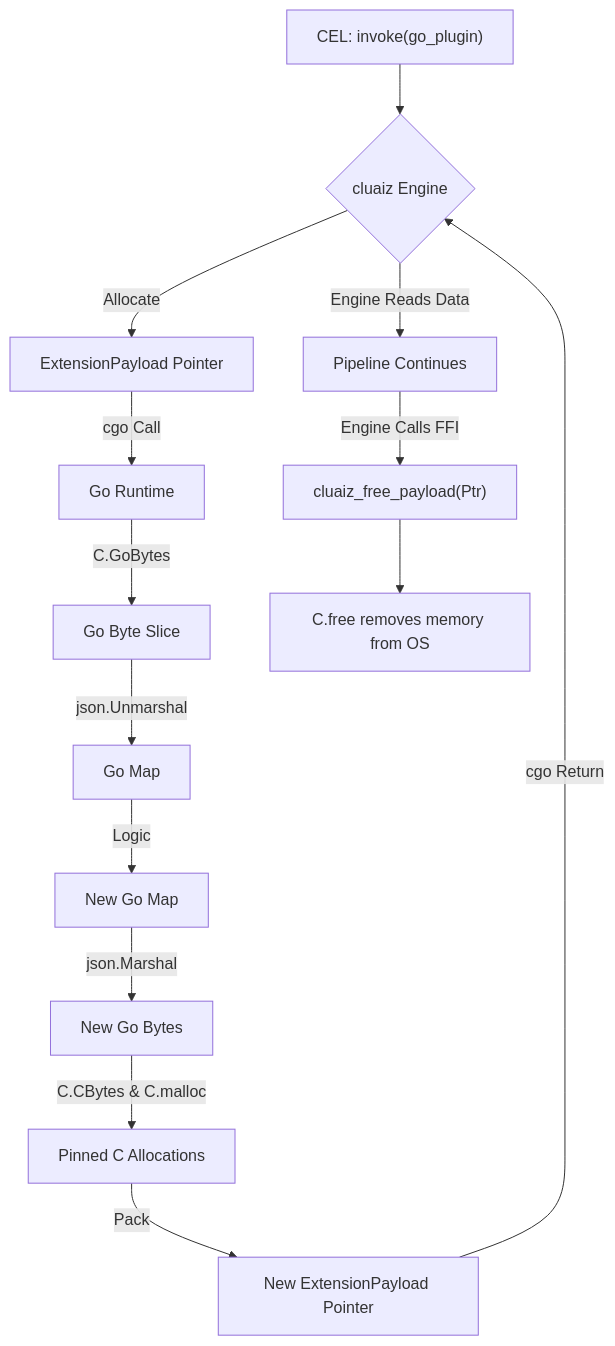
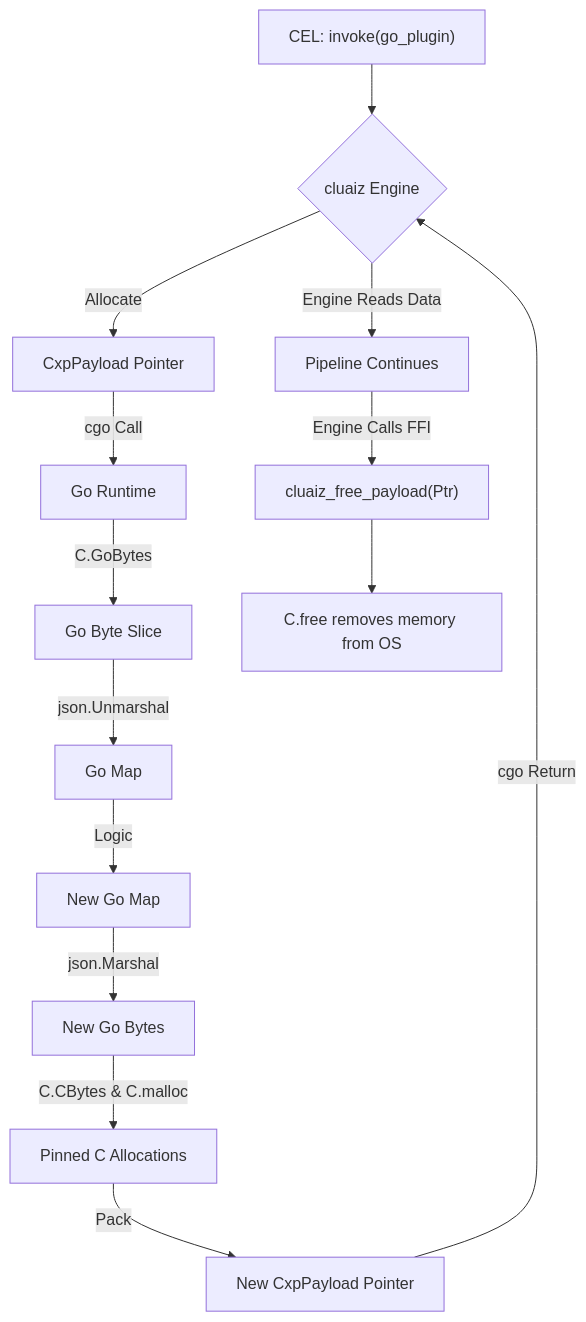
One commit to ayan-kushwaha/Cluaiz- changed the diagram in docs/cel/sdk/go-ffi.md. Above: the diagram before and after it, drawn with Mermaid. The commit also changed other lines of this file and 109 other files, not shown here.

````diff
--- a/docs/cel/sdk/go-ffi.md
+++ b/docs/cel/sdk/go-ffi.md
@@ -118,22 +118,22 @@
 ```mermaid
 flowchart TD
     A["CEL: invoke(go_plugin)"] --> B{"cluaiz Engine"}
     
-    B -->|Allocate| C["ExtensionPayload Pointer"]
+    B -->|Allocate| C["CxpPayload Pointer"]
     
     C -->|cgo Call| D["Go Runtime"]
     
     D -->|C.GoBytes| E["Go Byte Slice"]
     E -->|json.Unmarshal| F["Go Map"]
     F -->|Logic| G["New Go Map"]
     
     G -->|json.Marshal| H["New Go Bytes"]
     H -->|C.CBytes & C.malloc| I["Pinned C Allocations"]
-    I -->|Pack| J["New ExtensionPayload Pointer"]
+    I -->|Pack| J["New CxpPayload Pointer"]
     
     J -->|cgo Return| B
     B -->|Engine Reads Data| K["Pipeline Continues"]
     
     K -->|Engine Calls FFI| L["cluaiz_free_payload(Ptr)"]
     L --> M["C.free removes memory from OS"]
 ```
````
